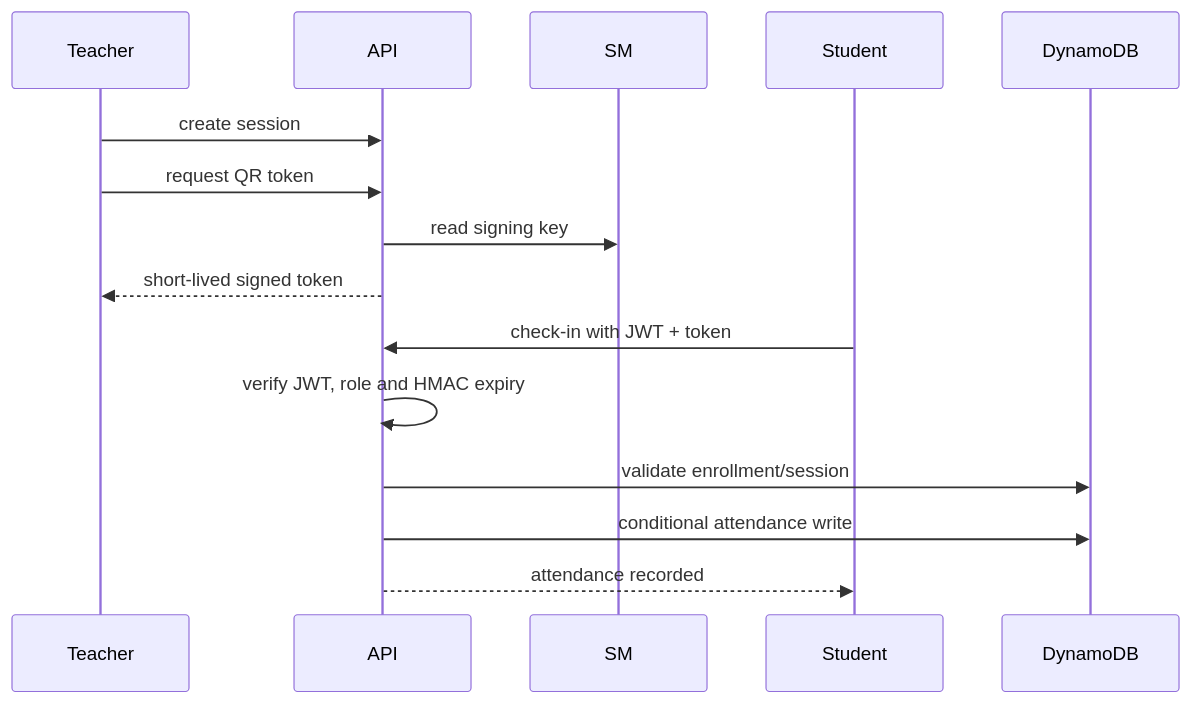
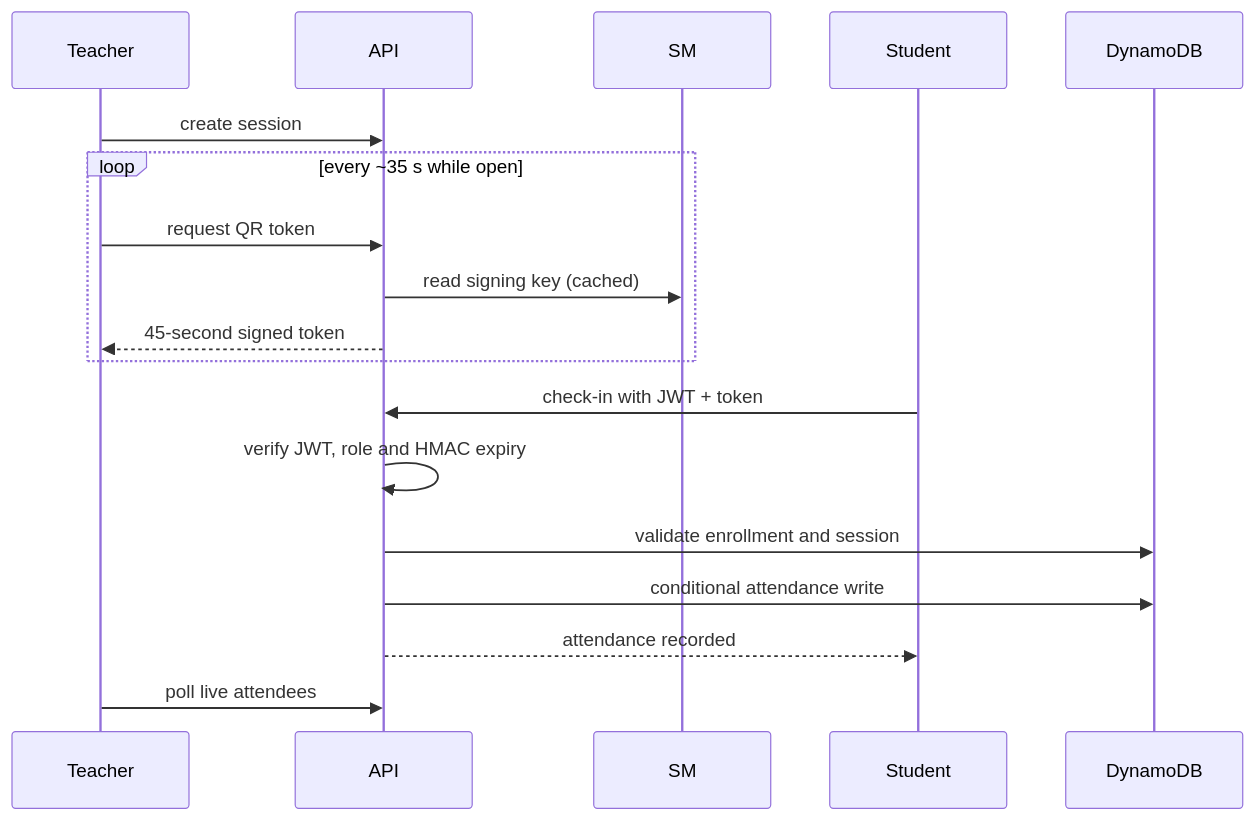
One commit to iwhozaifa/cloudattend changed the second of 2 diagrams in docs/architecture.md. Above: the diagram before and after it, drawn with Mermaid. The commit also changed other lines of this file and 5 other files, not shown here.

````diff
--- a/docs/architecture.md
+++ b/docs/architecture.md
@@ -13,12 +17,15 @@
 ```mermaid
 sequenceDiagram
 Teacher->>API: create session
+loop every ~35 s while open
 Teacher->>API: request QR token
-API->>SM: read signing key
-API-->>Teacher: short-lived signed token
+API->>SM: read signing key (cached)
+API-->>Teacher: 45-second signed token
+end
 Student->>API: check-in with JWT + token
 API->>API: verify JWT, role and HMAC expiry
-API->>DynamoDB: validate enrollment/session
+API->>DynamoDB: validate enrollment and session
 API->>DynamoDB: conditional attendance write
 API-->>Student: attendance recorded
+Teacher->>API: poll live attendees
 ```
````
